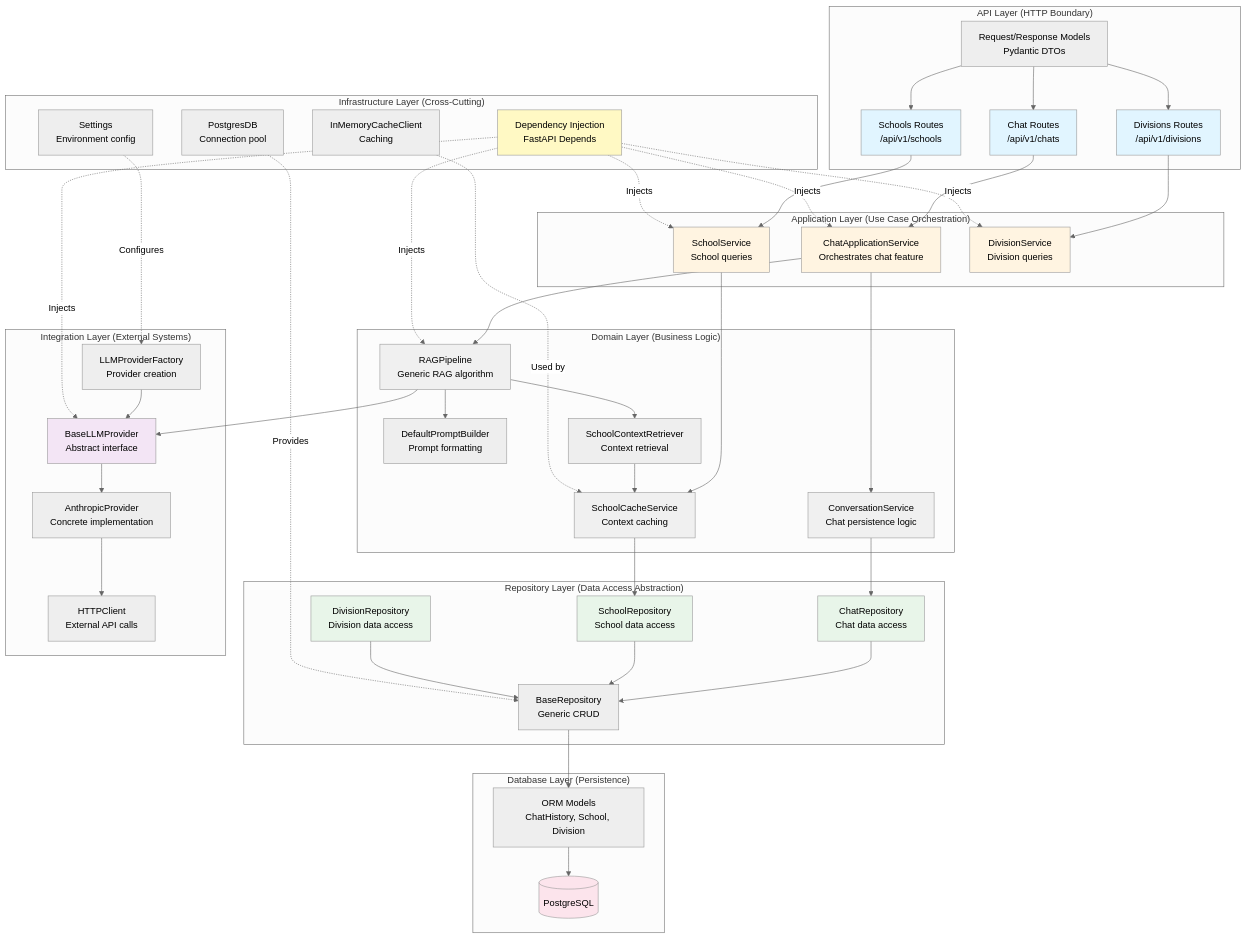
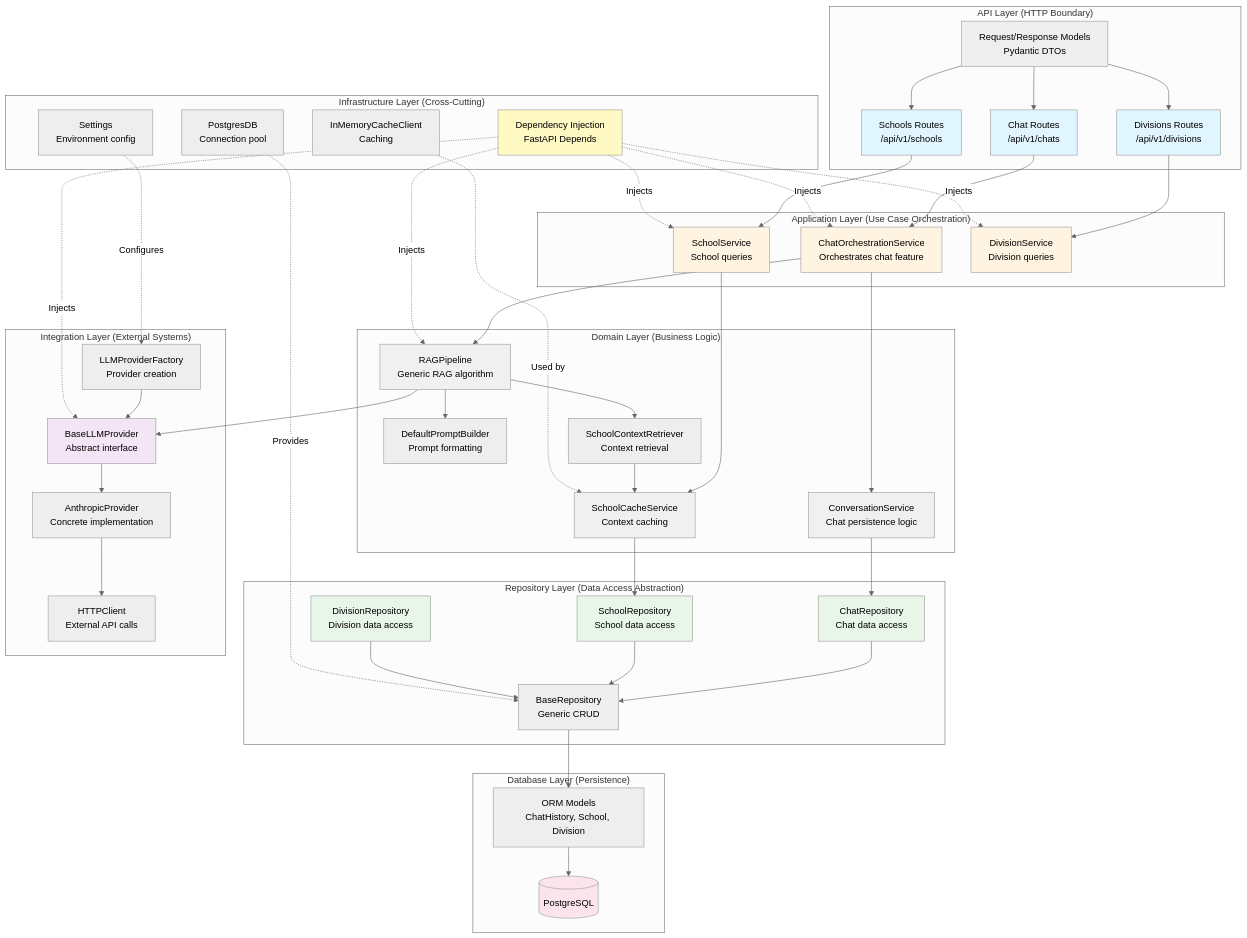
The diagram in docs/diagrams/src/layered-architecture.mermaid (tjbaca14/urfitio), drawn with Mermaid (neutral theme) before and after one commit. The commit also changed 36 other files, not shown here.

```diff
--- a/docs/diagrams/src/layered-architecture.mermaid
+++ b/docs/diagrams/src/layered-architecture.mermaid
@@ -1,108 +1,108 @@
 graph TD
     subgraph "API Layer (HTTP Boundary)"
         A1[Chat Routes<br/>/api/v1/chats]
         A2[Schools Routes<br/>/api/v1/schools]
         A3[Divisions Routes<br/>/api/v1/divisions]
         A4[Request/Response Models<br/>Pydantic DTOs]
     end
 
     subgraph "Application Layer (Use Case Orchestration)"
-        B1[ChatApplicationService<br/>Orchestrates chat feature]
+        B1[ChatOrchestrationService<br/>Orchestrates chat feature]
         B2[SchoolService<br/>School queries]
         B3[DivisionService<br/>Division queries]
     end
 
     subgraph "Domain Layer (Business Logic)"
         C1[ConversationService<br/>Chat persistence logic]
         C2[SchoolCacheService<br/>Context caching]
         C3[RAGPipeline<br/>Generic RAG algorithm]
         C4[DefaultPromptBuilder<br/>Prompt formatting]
         C5[SchoolContextRetriever<br/>Context retrieval]
     end
 
     subgraph "Repository Layer (Data Access Abstraction)"
         D1[ChatRepository<br/>Chat data access]
         D2[SchoolRepository<br/>School data access]
         D3[DivisionRepository<br/>Division data access]
         D4[BaseRepository<br/>Generic CRUD]
     end
 
     subgraph "Database Layer (Persistence)"
         E1[(PostgreSQL)]
         E2[ORM Models<br/>ChatHistory, School, Division]
     end
 
     subgraph "Integration Layer (External Systems)"
         F1[BaseLLMProvider<br/>Abstract interface]
         F2[AnthropicProvider<br/>Concrete implementation]
         F3[LLMProviderFactory<br/>Provider creation]
         F4[HTTPClient<br/>External API calls]
     end
 
     subgraph "Infrastructure Layer (Cross-Cutting)"
         G1[Dependency Injection<br/>FastAPI Depends]
         G2[PostgresDB<br/>Connection pool]
         G3[InMemoryCacheClient<br/>Caching]
         G4[Settings<br/>Environment config]
     end
 
     %% API to Application
     A1 --> B1
     A2 --> B2
     A3 --> B3
     A4 --> A1
     A4 --> A2
     A4 --> A3
 
     %% Application to Domain
     B1 --> C1
     B1 --> C3
     B2 --> C2
     C1 --> D1
     C2 --> D2
 
     %% Domain orchestration
     C3 --> C4
     C3 --> C5
     C3 --> F1
     C5 --> C2
 
     %% Repository to Base
     D1 --> D4
     D2 --> D4
     D3 --> D4
 
     %% Repository to Database
     D4 --> E2
     E2 --> E1
 
     %% Integration
     F1 --> F2
     F3 --> F1
     F2 --> F4
 
     %% Infrastructure injections
     G1 -.->|Injects| B1
     G1 -.->|Injects| B2
     G1 -.->|Injects| B3
     G1 -.->|Injects| C3
     G1 -.->|Injects| F1
     G2 -.->|Provides| D4
     G3 -.->|Used by| C2
     G4 -.->|Configures| F3
 
     style A1 fill:#e1f5ff
     style A2 fill:#e1f5ff
     style A3 fill:#e1f5ff
     style B1 fill:#fff4e1
     style B2 fill:#fff4e1
     style B3 fill:#fff4e1
     style C1 fill:#f0f0f0
     style C2 fill:#f0f0f0
     style C3 fill:#f0f0f0
     style D1 fill:#e8f5e9
     style D2 fill:#e8f5e9
     style D3 fill:#e8f5e9
     style E1 fill:#fce4ec
     style F1 fill:#f3e5f5
     style G1 fill:#fff9c4
```
